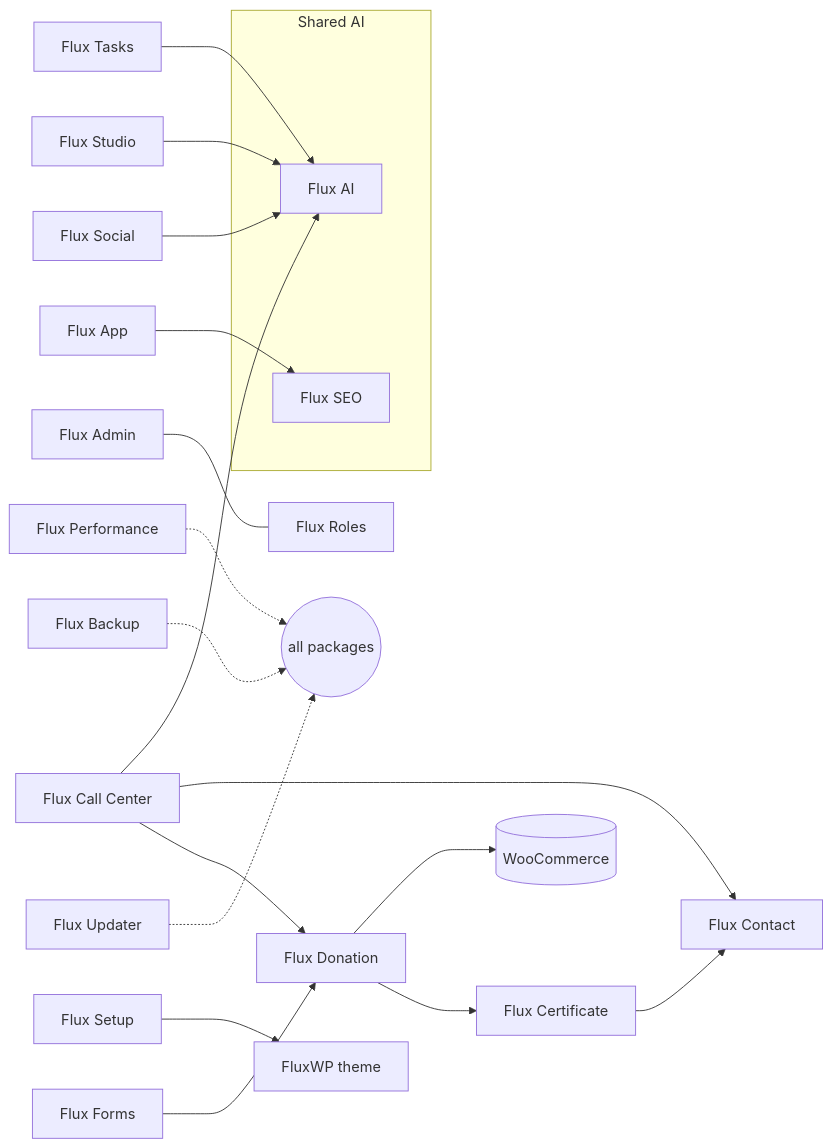
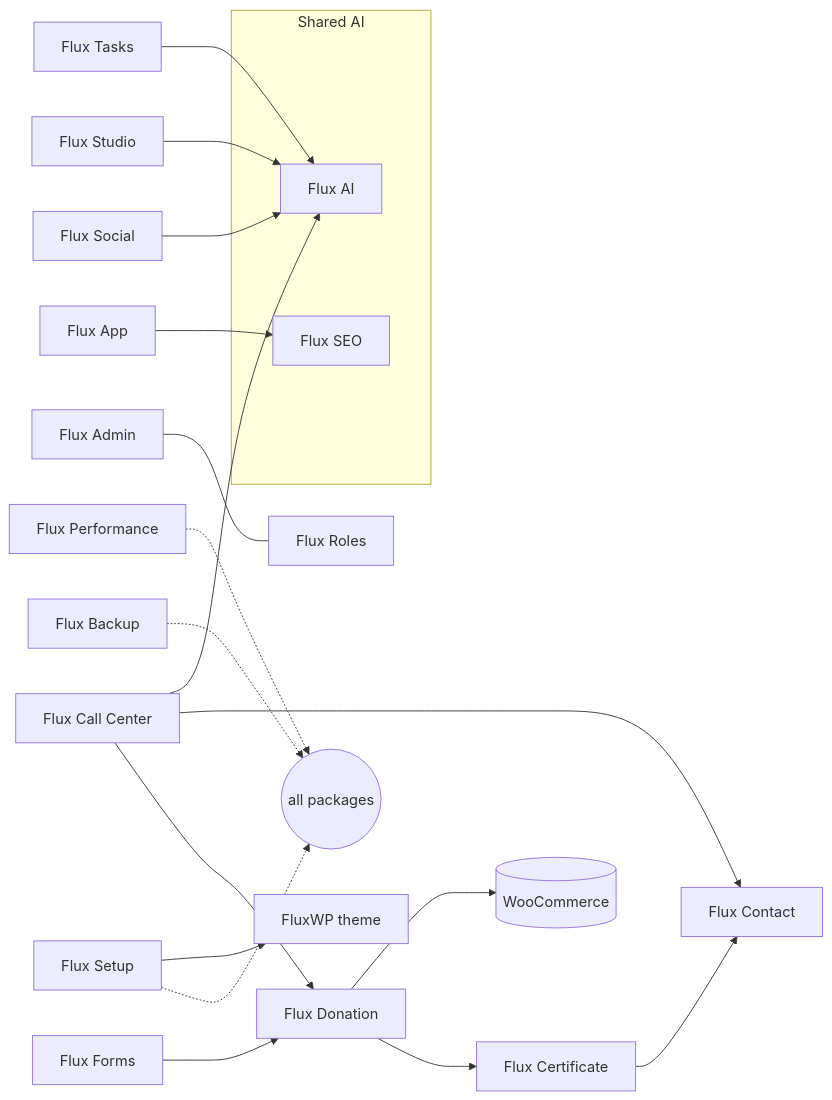
The diagram in README.md (FluxWP/FluxWP), drawn with Mermaid before and after one commit. The commit also changed other lines of this file and 225 other files, not shown here.

First line of the commit message:
Flux Setup 1.0.0: merge Flux Updater, add setup wizard

````diff
--- a/README.md
+++ b/README.md
@@ -35,23 +35,23 @@
 ```mermaid
 flowchart LR
   subgraph Shared AI
     AI["Flux AI"]
     MCP["Flux SEO"]
   end
   BAG["Flux Donation"] --> CERT["Flux Certificate"]
   FORM["Flux Forms"] --> BAG
   BAG --> WOO[("WooCommerce")]
   CC["Flux Call Center"] --> BAG
   CC --> COM["Flux Contact"]
   CERT --> COM
   SOC["Flux Social"] --> AI
   STU["Flux Studio"] --> AI
   CC --> AI
   TASK["Flux Tasks"] --> AI
   ADM["Flux Admin"] --- ROL["Flux Roles"]
   APP["Flux App"] --> MCP
-  UPD["Flux Updater"] -.-> ALL(("all packages"))
+  SET["Flux Setup"] -.-> ALL(("all packages"))
   BAK["Flux Backup"] -.-> ALL
   PERF["Flux Performance"] -.-> ALL
   SET["Flux Setup"] --> THEME["FluxWP theme"]
 ```
````
